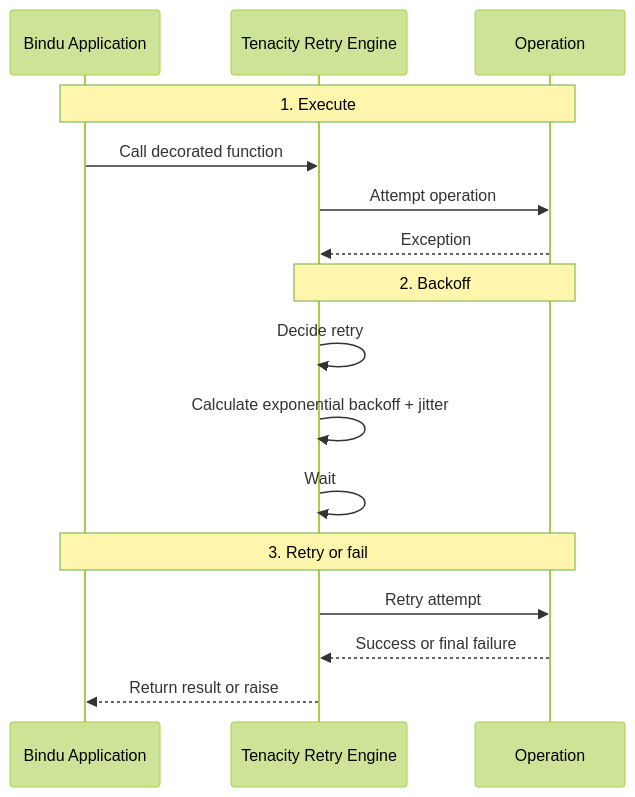
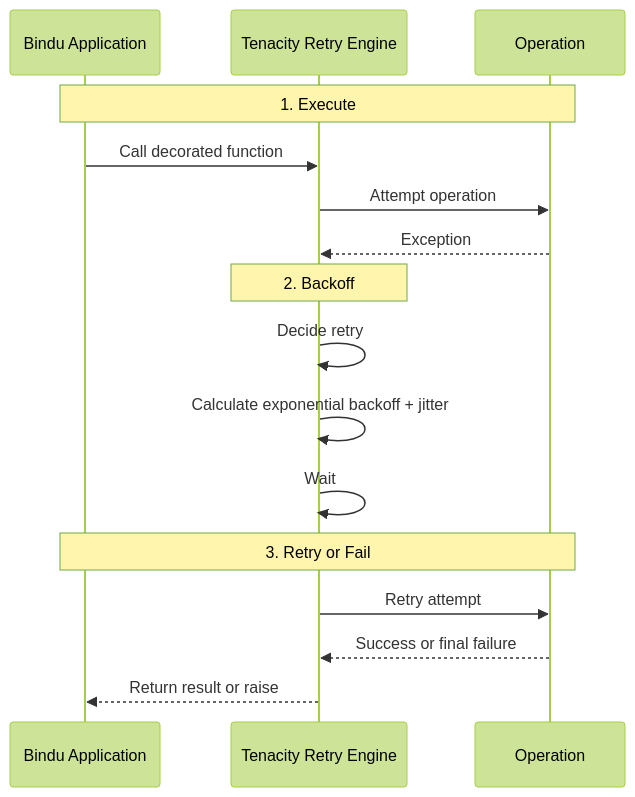
Before and after one commit to Paraschamoli/docs: the diagram in bindu/learn/retry/overview.mdx, drawn with Mermaid (forest theme). The commit also changed other lines of this file and 16 other files, not shown here.

````diff
--- a/bindu/learn/retry/overview.mdx
+++ b/bindu/learn/retry/overview.mdx
@@ -56,21 +27,21 @@
 ```mermaid
 sequenceDiagram
     participant App as Bindu Application
     participant Retry as Tenacity Retry Engine
     participant Op as Operation
 
     Note over App,Op: 1. Execute
     App->>Retry: Call decorated function
     Retry->>Op: Attempt operation
     Op-->>Retry: Exception
 
-    Note over Retry,Op: 2. Backoff
+    Note over Retry: 2. Backoff
     Retry->>Retry: Decide retry
     Retry->>Retry: Calculate exponential backoff + jitter
     Retry->>Retry: Wait
 
-    Note over App,Op: 3. Retry or fail
+    Note over App,Op: 3. Retry or Fail
     Retry->>Op: Retry attempt
     Op-->>Retry: Success or final failure
     Retry-->>App: Return result or raise
 ```
````
